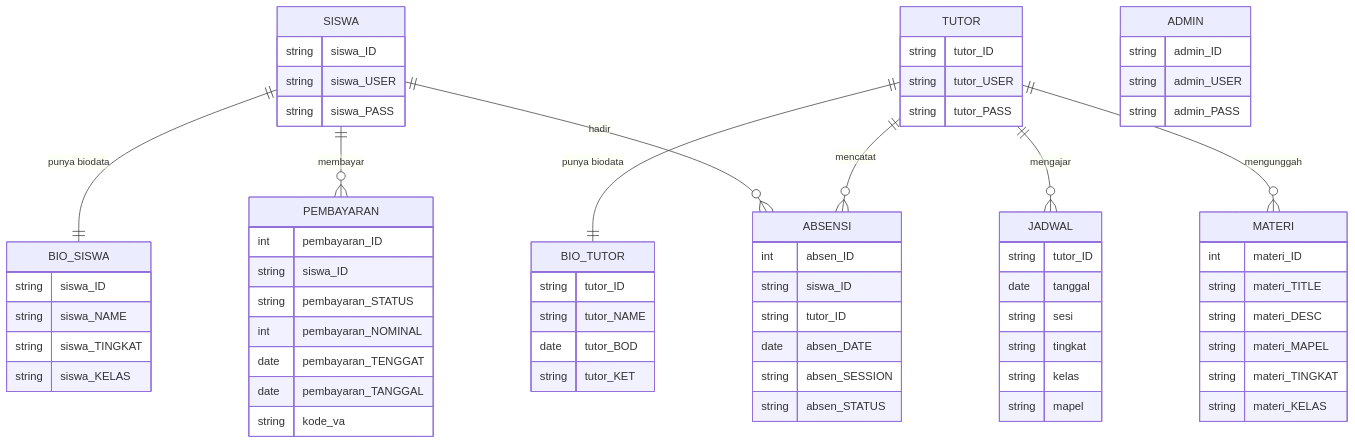
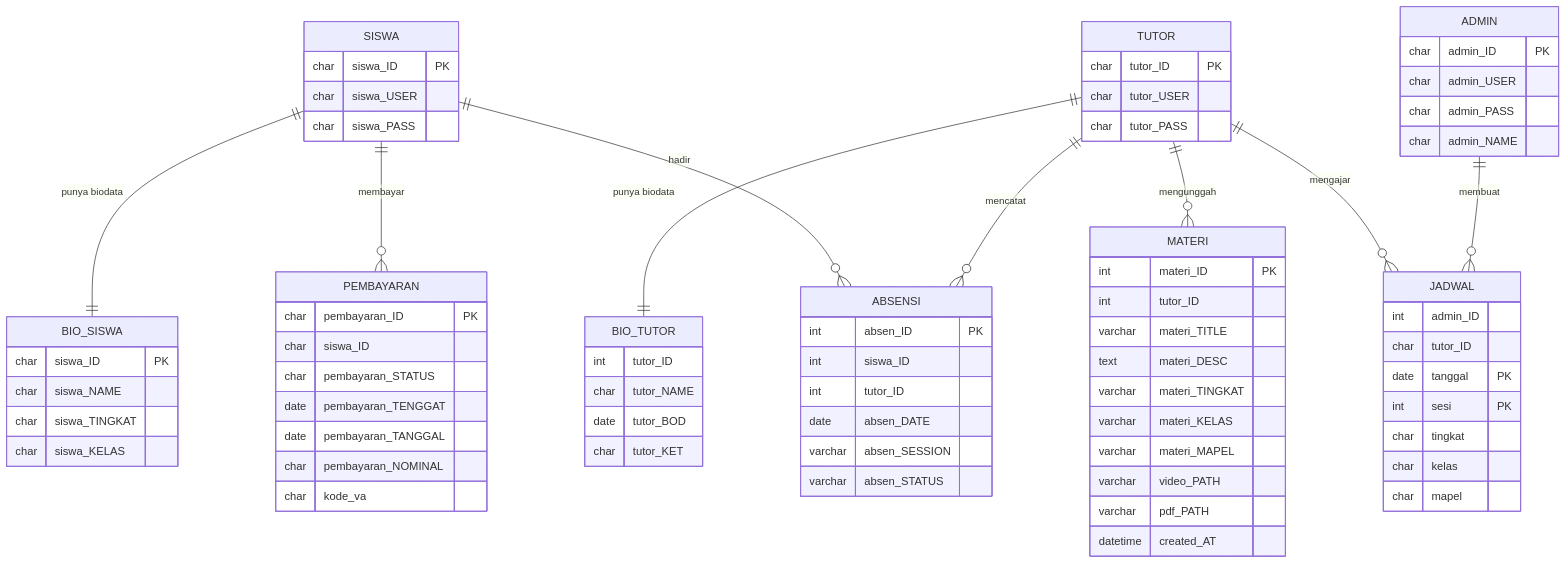
The diagram in README.md (ellyarc/Bimbel-Eduzone), drawn with Mermaid before and after one commit. The commit also changed other lines of this file and 1 other file, not shown here.

Commit message:
Tambah skema database dengan data contoh fiktif
Tambah database/eduzone.sql (9 tabel + data contoh), perbarui ERD
dengan kolom dan tipe dari skema, dan tambah langkah impor di README.

Claude-Session: https://claude.ai/code/session_01X7quPgbpD1bx5s1XmBkuRT

````diff
--- a/README.md
+++ b/README.md
@@ -50,71 +50,78 @@
 ```mermaid
 erDiagram
     SISWA ||--|| BIO_SISWA : "punya biodata"
     TUTOR ||--|| BIO_TUTOR : "punya biodata"
+    ADMIN ||--o{ JADWAL : "membuat"
     TUTOR ||--o{ JADWAL : "mengajar"
     TUTOR ||--o{ MATERI : "mengunggah"
     TUTOR ||--o{ ABSENSI : "mencatat"
     SISWA ||--o{ ABSENSI : "hadir"
     SISWA ||--o{ PEMBAYARAN : "membayar"
 
     ADMIN {
-        string admin_ID
-        string admin_USER
-        string admin_PASS
+        char admin_ID PK
+        char admin_USER
+        char admin_PASS
+        char admin_NAME
     }
     SISWA {
-        string siswa_ID
-        string siswa_USER
-        string siswa_PASS
+        char siswa_ID PK
+        char siswa_USER
+        char siswa_PASS
     }
     BIO_SISWA {
-        string siswa_ID
-        string siswa_NAME
-        string siswa_TINGKAT
-        string siswa_KELAS
+        char siswa_ID PK
+        char siswa_NAME
+        char siswa_TINGKAT
+        char siswa_KELAS
     }
     TUTOR {
-        string tutor_ID
-        string tutor_USER
-        string tutor_PASS
+        char tutor_ID PK
+        char tutor_USER
+        char tutor_PASS
     }
     BIO_TUTOR {
-        string tutor_ID
-        string tutor_NAME
+        int tutor_ID
+        char tutor_NAME
         date tutor_BOD
-        string tutor_KET
+        char tutor_KET
     }
     JADWAL {
-        string tutor_ID
-        date tanggal
-        string sesi
-        string tingkat
-        string kelas
-        string mapel
+        int admin_ID
+        char tutor_ID
+        date tanggal PK
+        int sesi PK
+        char tingkat
+        char kelas
+        char mapel
     }
     MATERI {
-        int materi_ID
-        string materi_TITLE
-        string materi_DESC
-        string materi_MAPEL
-        string materi_TINGKAT
-        string materi_KELAS
+        int materi_ID PK
+        int tutor_ID
+        varchar materi_TITLE
+        text materi_DESC
+        varchar materi_TINGKAT
+        varchar materi_KELAS
+        varchar materi_MAPEL
+        varchar video_PATH
+        varchar pdf_PATH
+        datetime created_AT
     }
     ABSENSI {
-        int absen_ID
-        string siswa_ID
-        string tutor_ID
+        int absen_ID PK
+        int siswa_ID
+        int tutor_ID
         date absen_DATE
-        string absen_SESSION
-        string absen_STATUS
+        varchar absen_SESSION
+        varchar absen_STATUS
     }
     PEMBAYARAN {
-        int pembayaran_ID
-        string siswa_ID
-        string pembayaran_STATUS
-        int pembayaran_NOMINAL
+        char pembayaran_ID PK
+        char siswa_ID
+        char pembayaran_STATUS
         date pembayaran_TENGGAT
         date pembayaran_TANGGAL
-        string kode_va
+        char pembayaran_NOMINAL
+        char kode_va
     }
 ```
````
